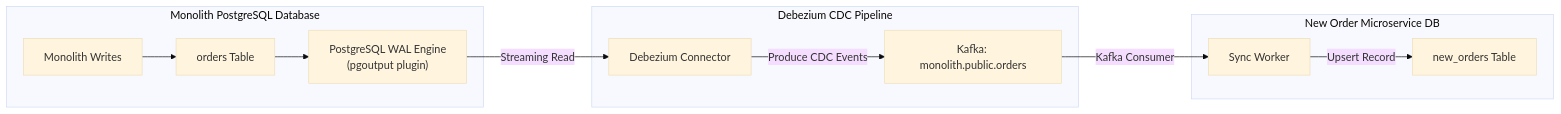
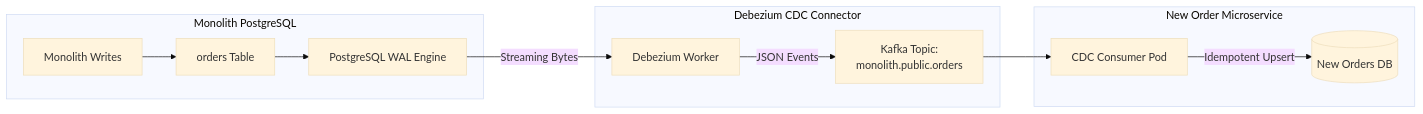
One commit to weaponxwolf/backend-engineering-mastry changed the fifth of 6 diagrams in docs/advanced/microservices-from-monolith.mdx. Above: the diagram before and after it, drawn with Mermaid (base theme). The commit also changed other lines of this file and 16 other files, not shown here.

````diff
--- a/docs/advanced/microservices-from-monolith.mdx
+++ b/docs/advanced/microservices-from-monolith.mdx
@@ -153,17 +154,17 @@
 ```mermaid
 flowchart LR
-    subgraph MonolithDB["Monolith PostgreSQL Database"]
-        Write["Monolith Writes"] --> OrdersTable["orders Table"]
-        OrdersTable --> WAL["PostgreSQL WAL Engine\n(pgoutput plugin)"]
+    subgraph MonolithDB ["Monolith PostgreSQL"]
+        AppWrites["Monolith Writes"] --> OrdersTable["orders Table"]
+        OrdersTable --> WAL["PostgreSQL WAL Engine"]
     end
 
-    subgraph CDC["Debezium CDC Pipeline"]
-        WAL -->|Streaming Read| DebEngine["Debezium Connector"]
-        DebEngine -->|Produce CDC Events| Kafka["Kafka: monolith.public.orders"]
+    subgraph CDC ["Debezium CDC Connector"]
+        WAL -->|Streaming Bytes| DebReader["Debezium Worker"]
+        DebReader -->|JSON Events| Kafka["Kafka Topic:<br/>monolith.public.orders"]
     end
 
-    subgraph OrderDB["New Order Microservice DB"]
-        Kafka -->|Kafka Consumer| Migrator["Sync Worker"]
-        Migrator -->|Upsert Record| NewOrders["new_orders Table"]
+    subgraph OrderServiceTier ["New Order Microservice"]
+        Kafka --> SyncWorker["CDC Consumer Pod"]
+        SyncWorker -->|Idempotent Upsert| NewOrderDB[("New Orders DB")]
     end
 ```
````
